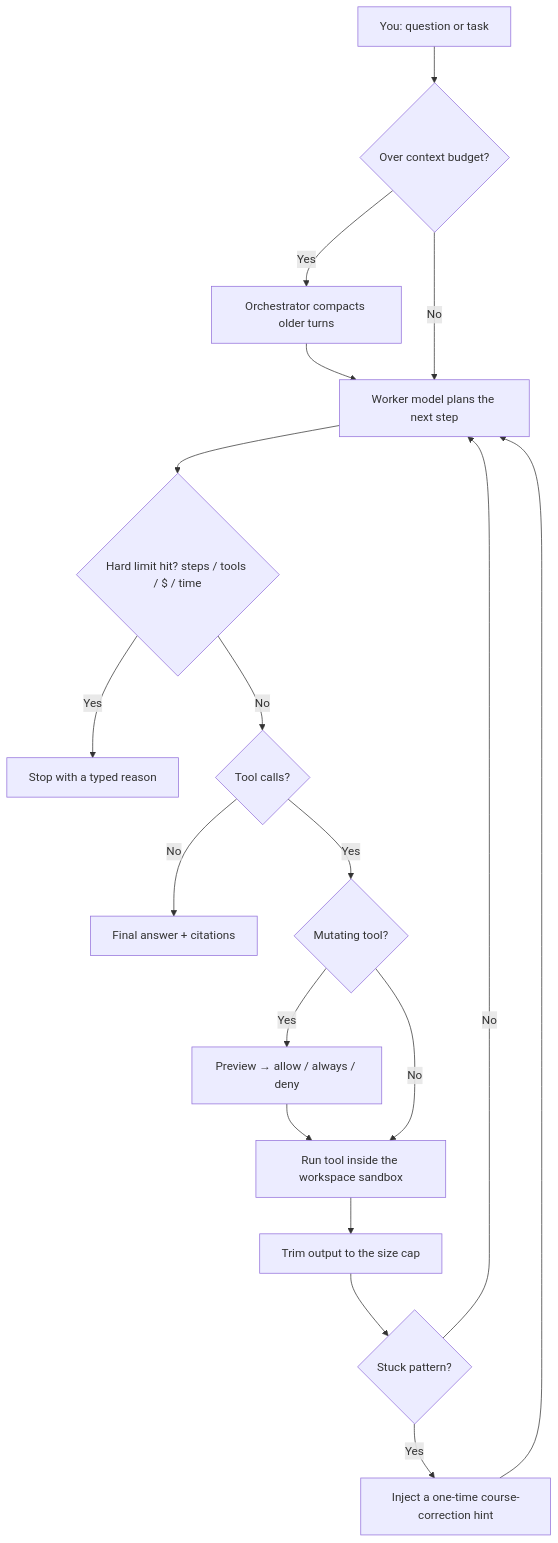
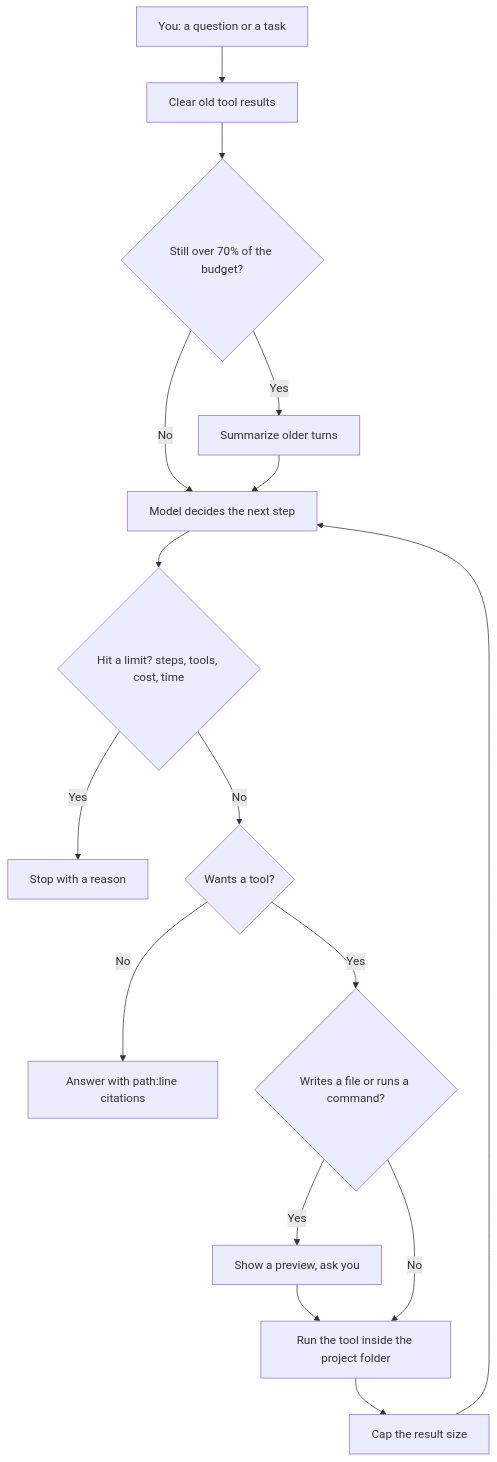
The diagram in README.md (ShashwatXD/cozmo), drawn with Mermaid before and after one commit. The commit also changed other lines of this file and 1 other file, not shown here.

Commit message:
readme rewritten around context on demand with a simpler diagram, tracker updated

````diff
--- a/README.md
+++ b/README.md
@@ -47,20 +47,18 @@
 ```mermaid
 graph TD
-    A[You: question or task] --> B{Over context budget?};
-    B -- Yes --> C[Orchestrator compacts older turns];
-    C --> D;
-    B -- No --> D[Worker model plans the next step];
-    D --> E{Hard limit hit? steps / tools / $ / time};
-    E -- Yes --> Z[Stop with a typed reason];
-    E -- No --> F{Tool calls?};
-    F -- No --> Y[Final answer + citations];
-    F -- Yes --> G{Mutating tool?};
-    G -- Yes --> H[Preview → allow / always / deny];
-    H --> I;
-    G -- No --> I[Run tool inside the workspace sandbox];
-    I --> J[Trim output to the size cap];
-    J --> K{Stuck pattern?};
-    K -- Yes --> L[Inject a one-time course-correction hint];
-    L --> D;
-    K -- No --> D;
+    A[You: a question or a task] --> B[Clear old tool results];
+    B --> C{Still over 70% of the budget?};
+    C -- Yes --> D[Summarize older turns];
+    C -- No --> E;
+    D --> E[Model decides the next step];
+    E --> F{Hit a limit? steps, tools, cost, time};
+    F -- Yes --> Z[Stop with a reason];
+    F -- No --> G{Wants a tool?};
+    G -- No --> Y[Answer with path:line citations];
+    G -- Yes --> H{Writes a file or runs a command?};
+    H -- Yes --> I[Show a preview, ask you];
+    I --> J;
+    H -- No --> J[Run the tool inside the project folder];
+    J --> K[Cap the result size];
+    K --> E;
 ```
````
